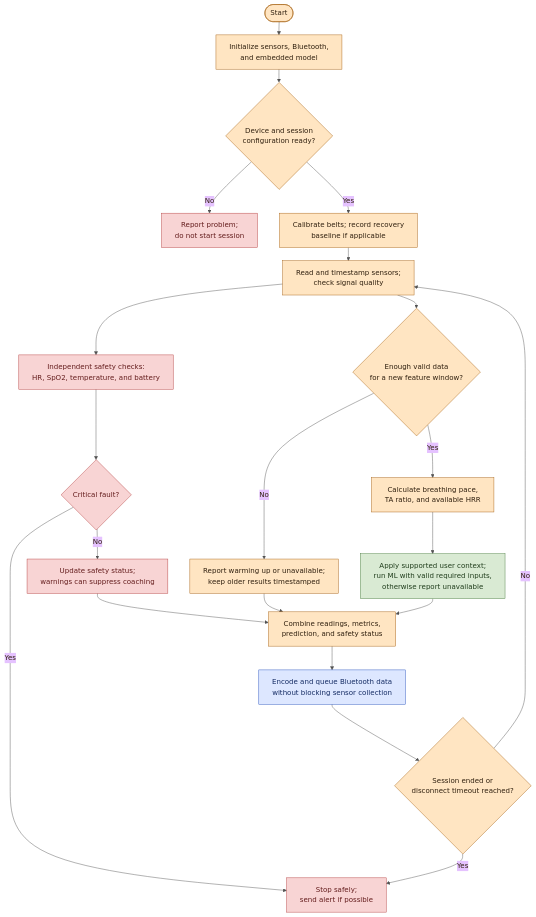
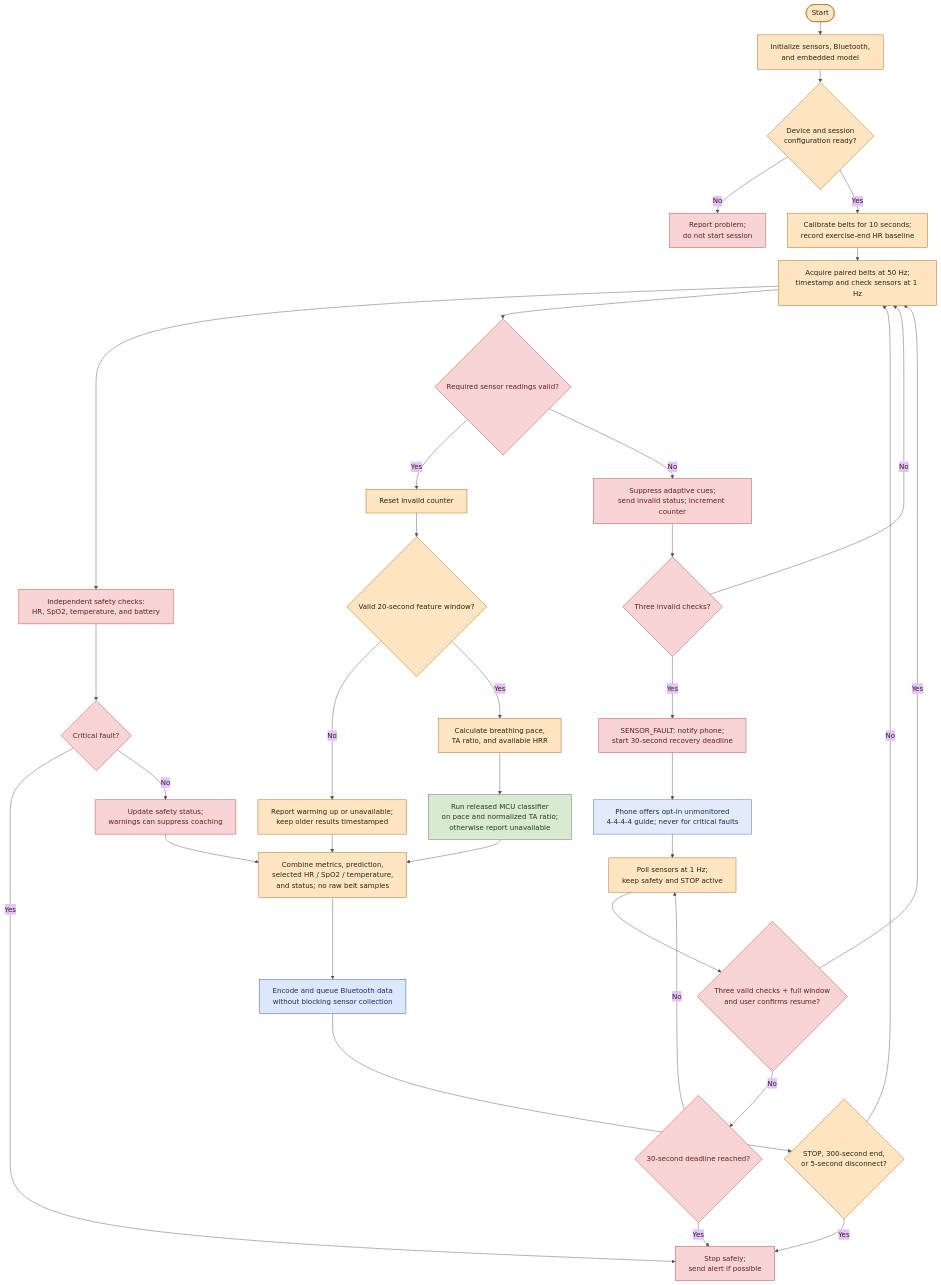
The diagram in software-documentation/mcu-flow.md (ARRR-Coen-Elec-490/docs), drawn with Mermaid before and after one commit. The commit also changed other lines of this file and 13 other files, not shown here.

Commit message:
Specify v1 MCU telemetry, sensor recovery, and embedded ML design

````diff
--- a/software-documentation/mcu-flow.md
+++ b/software-documentation/mcu-flow.md
@@ -7,34 +7,49 @@
 ```mermaid
 %%{init: {"theme": "base", "themeVariables": {"fontSize": "16px", "primaryColor": "#FFE5C2", "primaryBorderColor": "#A66012", "primaryTextColor": "#30200F", "lineColor": "#525252"}, "flowchart": {"wrappingWidth": 300, "rankSpacing": 30}}}%%
 flowchart TD
     accTitle: MCU input handling, metric calculation, and output
     accDescr: Collect timestamped readings, check safety independently, calculate valid features for the embedded model, and transmit results without blocking acquisition.
     start([Start]) --> init["Initialize sensors, Bluetooth,<br/>and embedded model"]
     init --> ready{"Device and session<br/>configuration ready?"}
     ready -->|No| fault["Report problem;<br/>do not start session"]
-    ready -->|Yes| setup["Calibrate belts; record recovery<br/>baseline if applicable"]
-    setup --> read["Read and timestamp sensors;<br/>check signal quality"]
+    ready -->|Yes| setup["Calibrate belts for 10 seconds;<br/>record exercise-end HR baseline"]
+    setup --> read["Acquire paired belts at 50 Hz;<br/>timestamp and check sensors at 1 Hz"]
     read --> safety["Independent safety checks:<br/>HR, SpO2, temperature, and battery"]
     safety --> critical{"Critical fault?"}
     critical -->|Yes| stop["Stop safely;<br/>send alert if possible"]
     critical -->|No| status["Update safety status;<br/>warnings can suppress coaching"]
-    read --> window{"Enough valid data<br/>for a new feature window?"}
+    read --> health{"Required sensor readings valid?"}
+    health -->|Yes| reset["Reset invalid counter"]
+    reset --> window{"Valid 20-second feature window?"}
+    health -->|No| invalid["Suppress adaptive cues;<br/>send invalid status; increment counter"]
+    invalid --> count{"Three invalid checks?"}
+    count -->|No| read
+    count -->|Yes| failed["SENSOR_FAULT: notify phone;<br/>start 30-second recovery deadline"]
+    failed --> fallback["Phone offers opt-in unmonitored<br/>4-4-4-4 guide; never for critical faults"]
+    fallback --> poll["Poll sensors at 1 Hz;<br/>keep safety and STOP active"]
+    poll --> recover{"Three valid checks + full window<br/>and user confirms resume?"}
+    recover -->|Yes| read
+    recover -->|No| expired{"30-second deadline reached?"}
+    expired -->|No| poll
+    expired -->|Yes| stop
     window -->|No| wait["Report warming up or unavailable;<br/>keep older results timestamped"]
     window -->|Yes| metrics["Calculate breathing pace,<br/>TA ratio, and available HRR"]
-    metrics --> model["Apply supported user context;<br/>run ML with valid required inputs,<br/>otherwise report unavailable"]
-    model --> pack["Combine readings, metrics,<br/>prediction, and safety status"]
+    metrics --> model["Run released MCU classifier<br/>on pace and normalized TA ratio;<br/>otherwise report unavailable"]
+    model --> pack["Combine metrics, prediction,<br/>selected HR / SpO2 / temperature,<br/>and status; no raw belt samples"]
     wait --> pack
     status --> pack
     pack --> tx["Encode and queue Bluetooth data<br/>without blocking sensor collection"]
-    tx --> done{"Session ended or<br/>disconnect timeout reached?"}
+    tx --> done{"STOP, 300-second end,<br/>or 5-second disconnect?"}
     done -->|No| read
     done -->|Yes| stop
     classDef mcu fill:#FFE5C2,stroke:#A66012,color:#30200F
     classDef ml fill:#D9EAD3,stroke:#477A3C,color:#203D1C
     classDef ble fill:#DDE7FF,stroke:#244FBD,color:#152C64
     classDef danger fill:#F8D4D4,stroke:#B43D3D,color:#641D1D
-    class start,init,ready,setup,read,window,wait,metrics,pack,done mcu
+    class start,init,ready,setup,read,window,wait,metrics,pack,done,reset,poll mcu
+    classDef phone fill:#E2EBFA,stroke:#456A9E,color:#172C4D
+    class fallback phone
     class model ml
     class tx ble
-    class fault,safety,critical,status,stop danger
+    class fault,safety,critical,status,stop,health,invalid,count,failed,recover,expired danger
 ```
````
